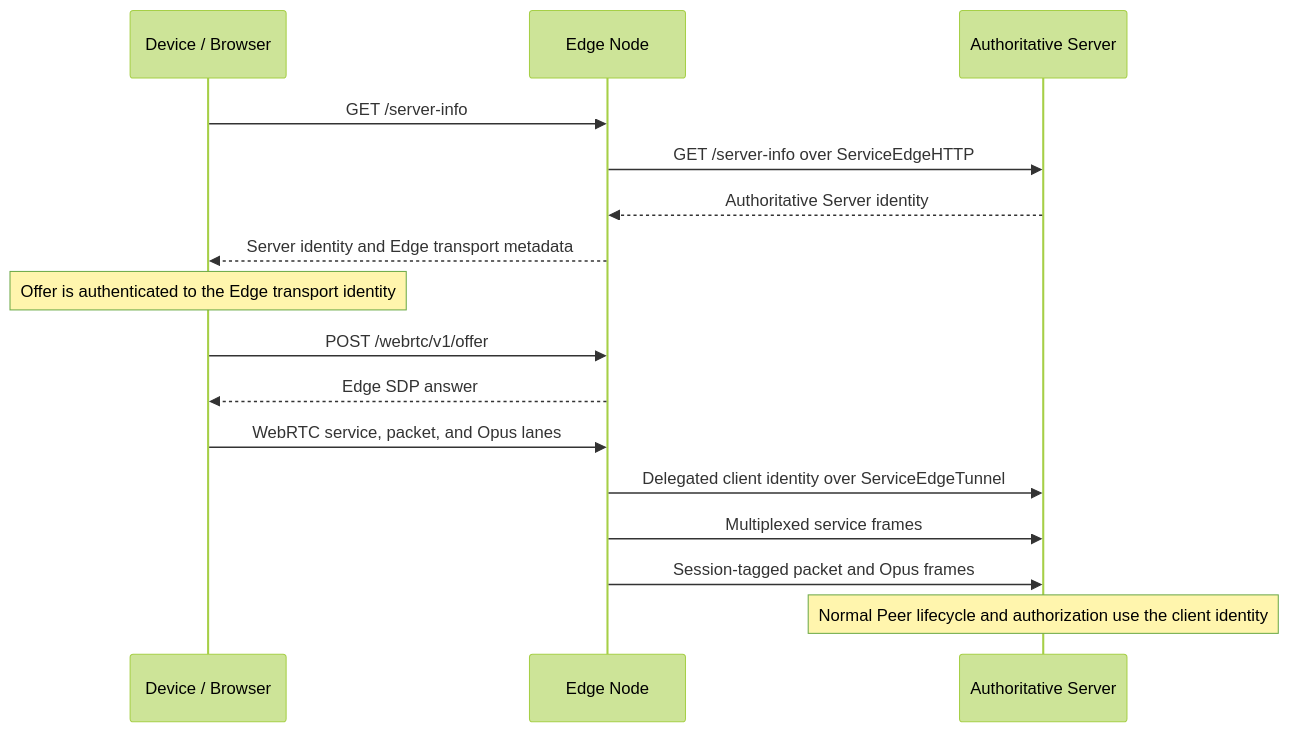
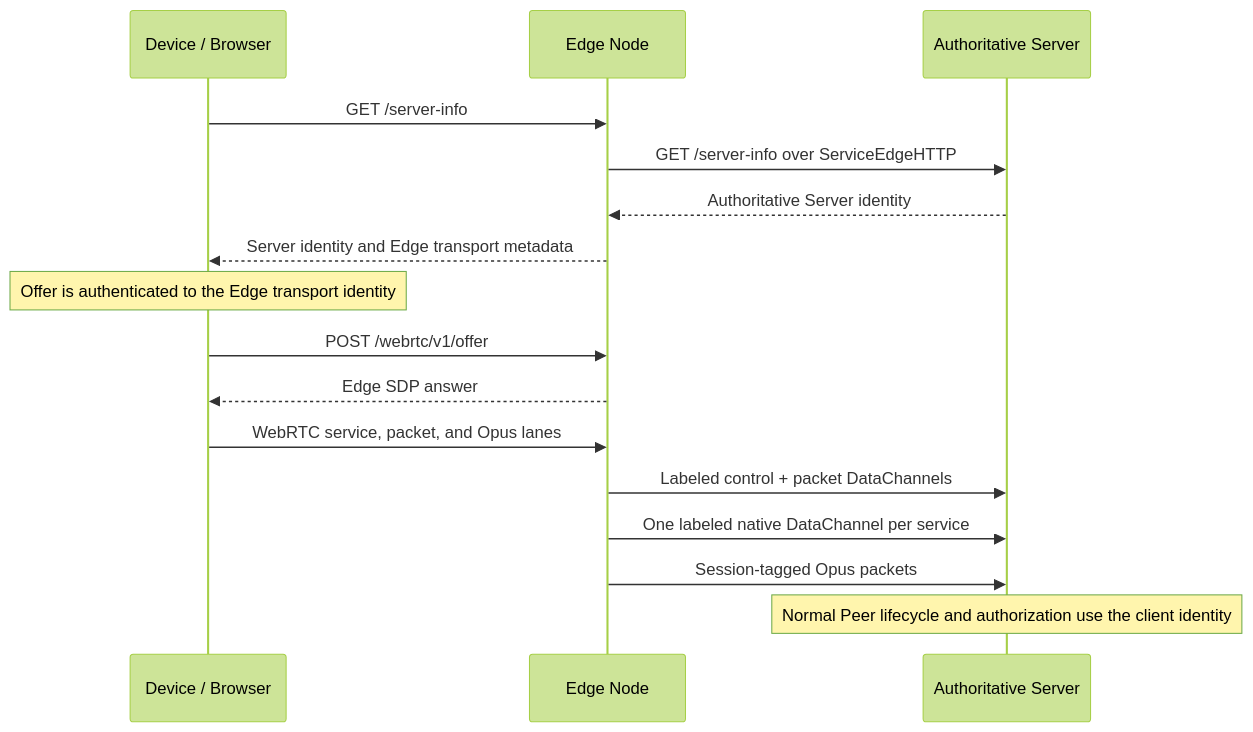
One commit to GizClaw/gizclaw changed the first of 2 diagrams in guides/en/developing/gizedge.md. Above: the diagram before and after it, drawn with Mermaid (forest theme). The commit also changed other lines of this file and 41 other files, not shown here.

First line of the commit message:
giznet/giztunnel: bind edge sessions to native WebRTC channels

````diff
--- a/guides/en/developing/gizedge.md
+++ b/guides/en/developing/gizedge.md
@@ -33,20 +33,20 @@
 ```mermaid
 sequenceDiagram
     participant Device as Device / Browser
     participant Edge as Edge Node
     participant Server as Authoritative Server
 
     Device->>Edge: GET /server-info
     Edge->>Server: GET /server-info over ServiceEdgeHTTP
     Server-->>Edge: Authoritative Server identity
     Edge-->>Device: Server identity and Edge transport metadata
 
     Note over Device: Offer is authenticated to the Edge transport identity
     Device->>Edge: POST /webrtc/v1/offer
     Edge-->>Device: Edge SDP answer
     Device->>Edge: WebRTC service, packet, and Opus lanes
-    Edge->>Server: Delegated client identity over ServiceEdgeTunnel
-    Edge->>Server: Multiplexed service frames
-    Edge->>Server: Session-tagged packet and Opus frames
+    Edge->>Server: Labeled control + packet DataChannels
+    Edge->>Server: One labeled native DataChannel per service
+    Edge->>Server: Session-tagged Opus packets
     Note over Server: Normal Peer lifecycle and authorization use the client identity
 ```
````
